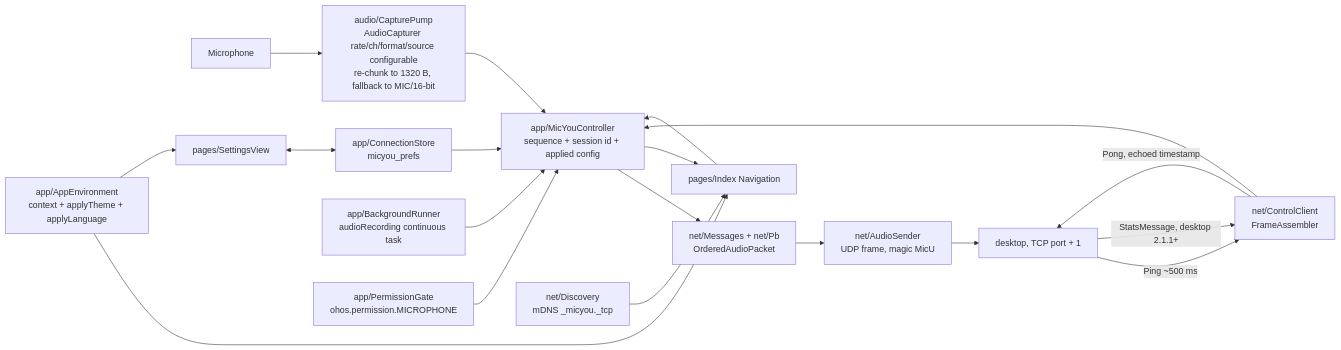
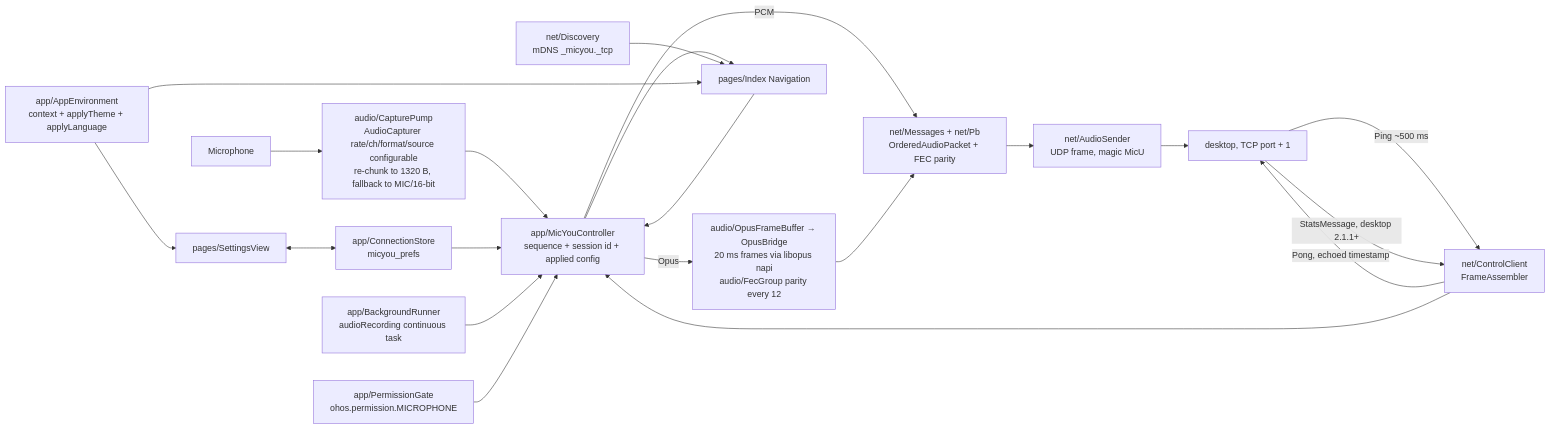
Before and after one commit to zhh7ce/MicYou-HarmonyOS: the diagram in AGENTS.md, drawn with Mermaid. The commit also changed other lines of this file and 3 other files, not shown here.

Commit message:
docs: cover the on-device opus encoder and its FEC wire path

````diff
--- a/AGENTS.md
+++ b/AGENTS.md
@@ -96,21 +111,22 @@
 ```mermaid
 flowchart LR
   MIC[Microphone] --> CP[audio/CapturePump<br/>AudioCapturer rate/ch/format/source configurable<br/>re-chunk to 1320 B, fallback to MIC/16-bit]
   CP --> CT[app/MicYouController<br/>sequence + session id + applied config]
-  CT --> NM[net/Messages + net/Pb<br/>OrderedAudioPacket]
+  CT -- "PCM" --> NM[net/Messages + net/Pb<br/>OrderedAudioPacket + FEC parity]
+  CT -- "Opus" --> OB[audio/OpusFrameBuffer → OpusBridge<br/>20 ms frames via libopus napi<br/>audio/FecGroup parity every 12] --> NM
   NM --> AS[net/AudioSender<br/>UDP frame, magic MicU]
   AS --> SRV[desktop, TCP port + 1]
   SRV -- "Ping ~500 ms" --> CC[net/ControlClient<br/>FrameAssembler]
   CC -- "Pong, echoed timestamp" --> SRV
   SRV -- "StatsMessage, desktop 2.1.1+" --> CC
   CC --> CT
   CS[app/ConnectionStore<br/>micyou_prefs] --> CT
   CT --> IX[pages/Index Navigation]
   IX --> CT
   SV[pages/SettingsView] <--> CS
   MD[net/Discovery<br/>mDNS _micyou._tcp] --> IX
   BE[app/BackgroundRunner<br/>audioRecording continuous task] --> CT
   PG[app/PermissionGate<br/>ohos.permission.MICROPHONE] --> CT
   AE[app/AppEnvironment<br/>context + applyTheme + applyLanguage] --> IX
   AE --> SV
 ```
````
